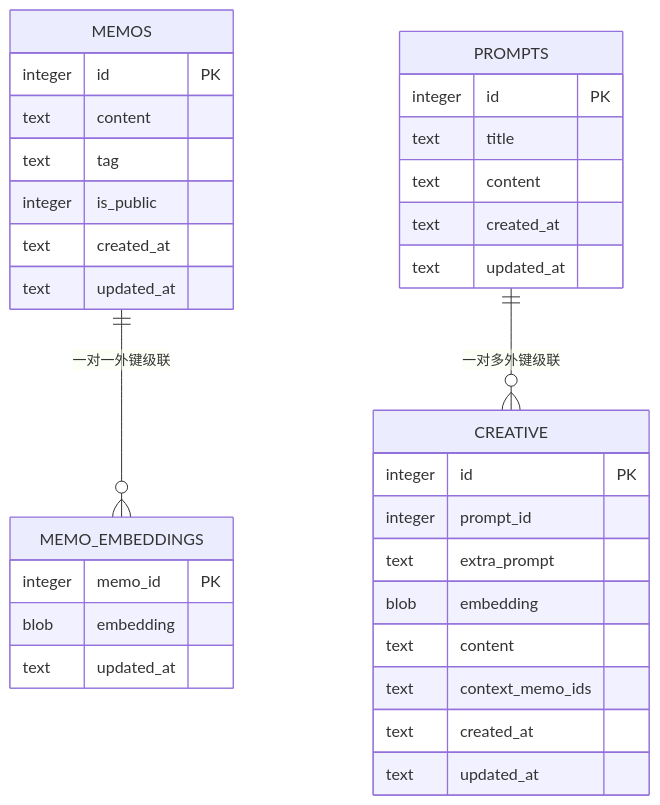
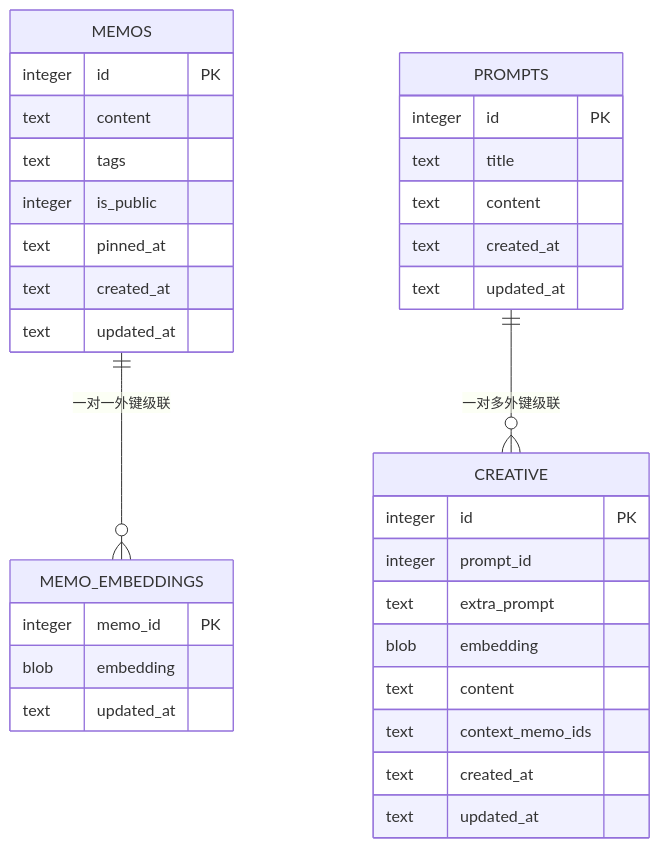
Before and after one commit to BlackBoxRecorder/memos: the third of 8 diagrams in .qoder/repowiki/zh/content/数据库设计.md, drawn with Mermaid. The commit also changed other lines of this file and 10 other files, not shown here.

````diff
--- a/.qoder/repowiki/zh/content/数据库设计.md
+++ b/.qoder/repowiki/zh/content/数据库设计.md
@@ -173,35 +195,36 @@
 ```mermaid
 erDiagram
 MEMOS {
 integer id PK
 text content
-text tag
+text tags
 integer is_public
+text pinned_at
 text created_at
 text updated_at
 }
 MEMO_EMBEDDINGS {
 integer memo_id PK
 blob embedding
 text updated_at
 }
 PROMPTS {
 integer id PK
 text title
 text content
 text created_at
 text updated_at
 }
 CREATIVE {
 integer id PK
 integer prompt_id
 text extra_prompt
 blob embedding
 text content
 text context_memo_ids
 text created_at
 text updated_at
 }
 MEMOS ||--o{ MEMO_EMBEDDINGS : "一对一外键级联"
 PROMPTS ||--o{ CREATIVE : "一对多外键级联"
 ```
````
